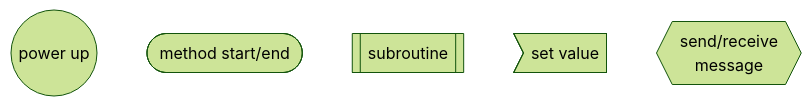
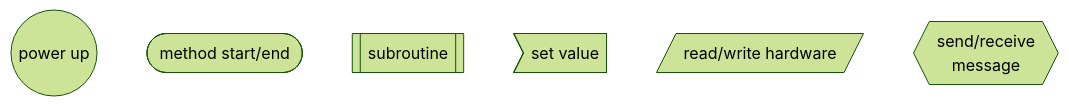
The first of 3 diagrams in Loco_can_controller/FLOATCHART.md (loco-can/loco-can-software), drawn with Mermaid (forest theme) before and after one commit.

````diff
--- a/Loco_can_controller/FLOATCHART.md
+++ b/Loco_can_controller/FLOATCHART.md
@@ -3,8 +3,9 @@
 ```mermaid
 graph TD;
     BOOT((power up));
     METHOD([method start/end])
     ROUTINE[[subroutine]]
     VAL>set value]
+    HE[/read/write hardware/];
     CAN{{send/receive\nmessage}}
 ```
````
